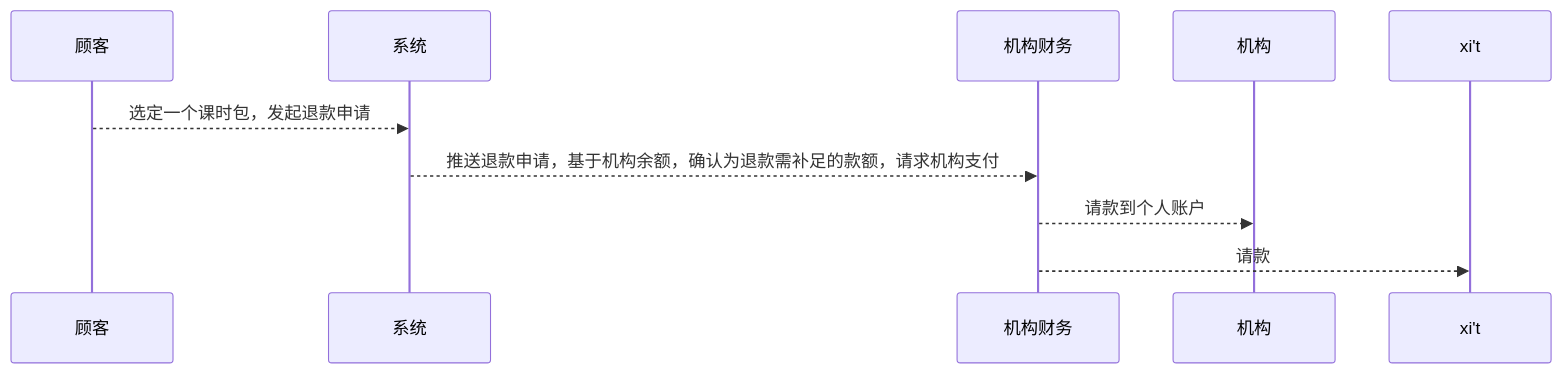
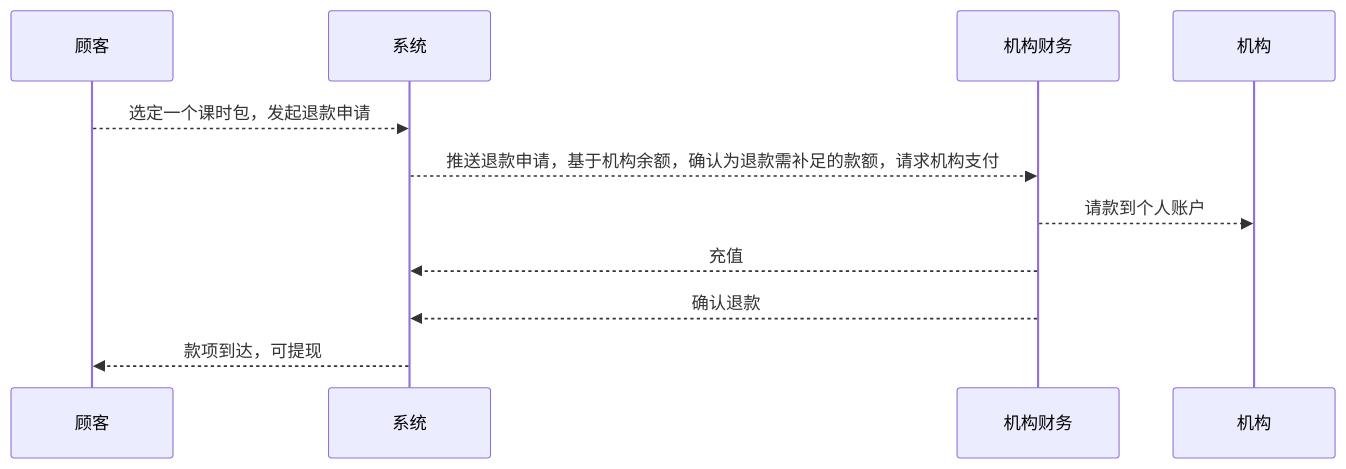
One commit to world-wide-web/sign changed the diagram in 模块/课时包/用例/退课时包.md. Above: the diagram before and after it, drawn with Mermaid. The commit also changed other lines of this file, not shown here.

Commit message:
模块/课时包/用例/退课时包.md updated from https://stackedit.io/

````diff
--- a/模块/课时包/用例/退课时包.md
+++ b/模块/课时包/用例/退课时包.md
@@ -10,11 +10,15 @@
 	```mermaid
 	sequenceDiagram
 
 	顾客-->>系统: 选定一个课时包，发起退款申请
 
 	系统-->>机构财务: 推送退款申请，基于机构余额，确认为退款需补足的款额，请求机构支付
 
 	机构财务-->>机构: 请款到个人账户
 	
-	机构财务-->>xi't: 请款
+	机构财务-->>系统: 充值
+	
+	机构财务-->>系统: 确认退款
+
+	系统-->>顾客: 款项到达，可提现
 	```
````
